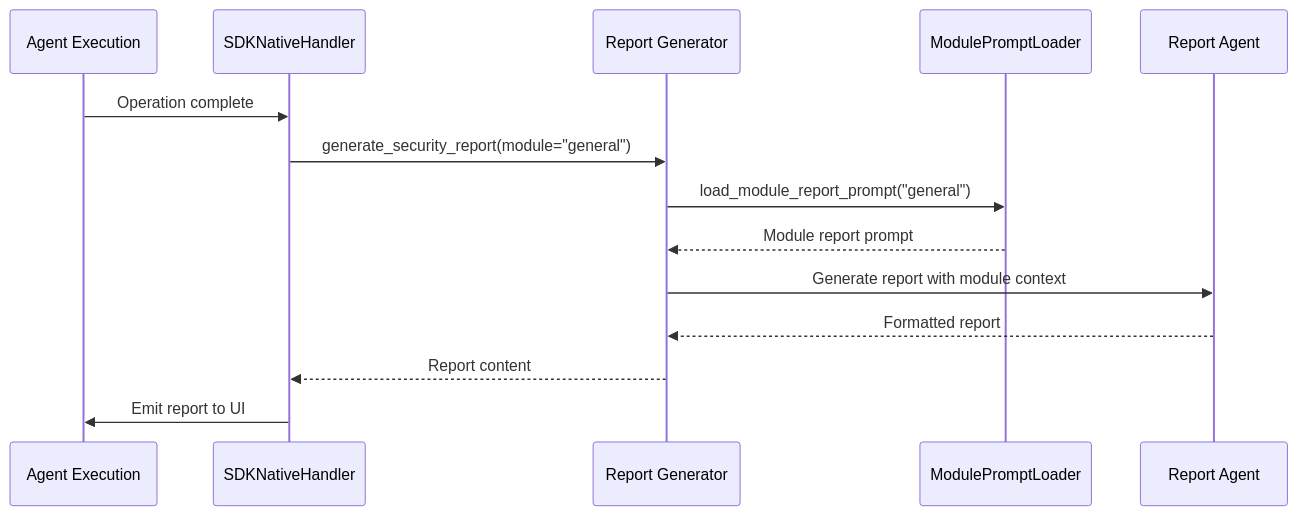
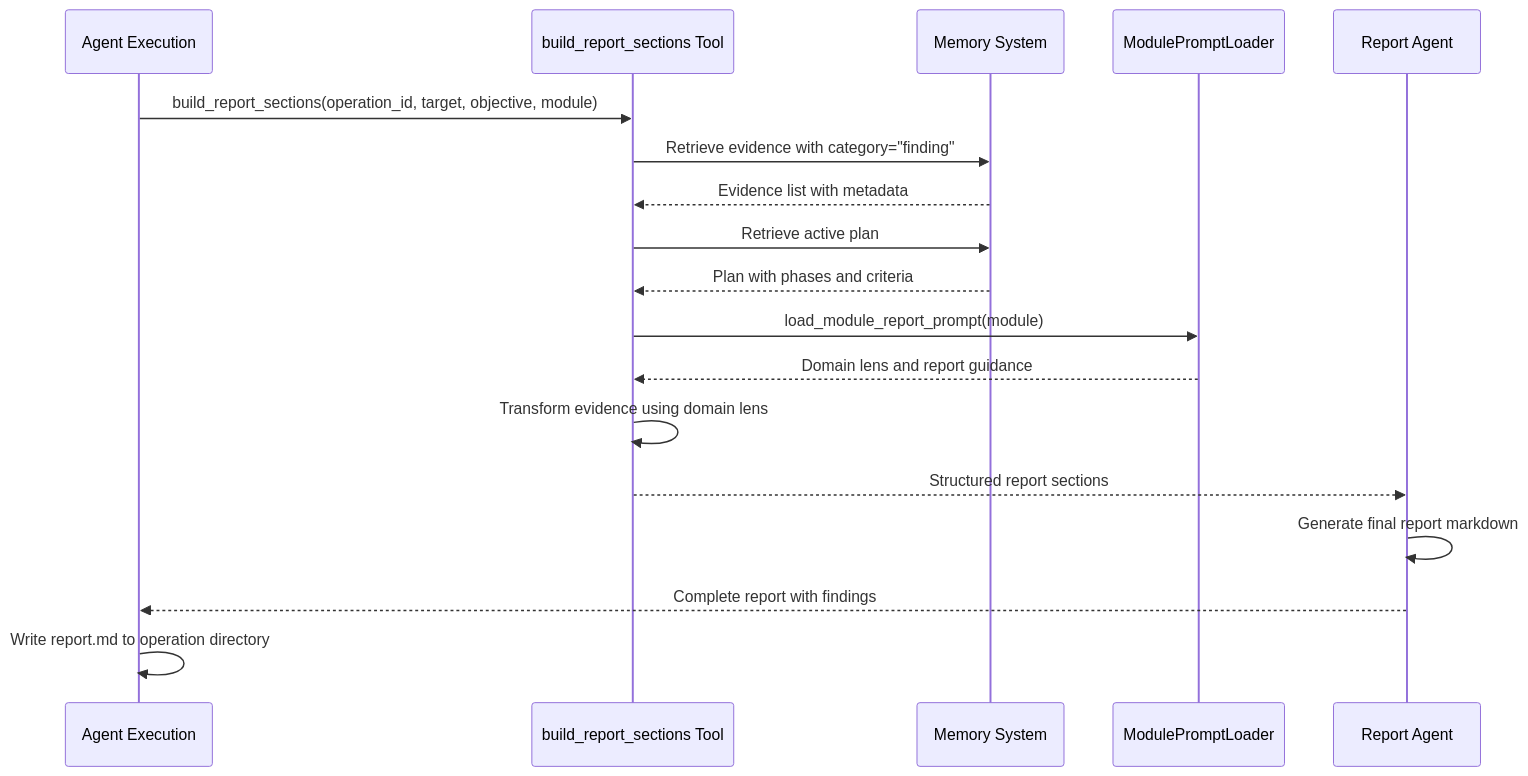
The fifth of 5 diagrams in docs/prompt_management.md (westonbrown/Cyber-AutoAgent), drawn with Mermaid before and after one commit. The commit also changed other lines of this file and 10 other files, not shown here.

````diff
--- a/docs/prompt_management.md
+++ b/docs/prompt_management.md
@@ -232,17 +279,21 @@
 ```mermaid
 sequenceDiagram
     participant E as Agent Execution
-    participant H as SDKNativeHandler
-    participant R as Report Generator
+    participant T as build_report_sections Tool
+    participant M as Memory System
     participant L as ModulePromptLoader
     participant A as Report Agent
-    
-    E->>H: Operation complete
-    H->>R: generate_security_report(module="general")
-    R->>L: load_module_report_prompt("general")
-    L-->>R: Module report prompt
-    R->>A: Generate report with module context
-    A-->>R: Formatted report
-    R-->>H: Report content
-    H->>E: Emit report to UI
+
+    E->>T: build_report_sections(operation_id, target, objective, module)
+    T->>M: Retrieve evidence with category="finding"
+    M-->>T: Evidence list with metadata
+    T->>M: Retrieve active plan
+    M-->>T: Plan with phases and criteria
+    T->>L: load_module_report_prompt(module)
+    L-->>T: Domain lens and report guidance
+    T->>T: Transform evidence using domain lens
+    T-->>A: Structured report sections
+    A->>A: Generate final report markdown
+    A-->>E: Complete report with findings
+    E->>E: Write report.md to operation directory
 ```
````
